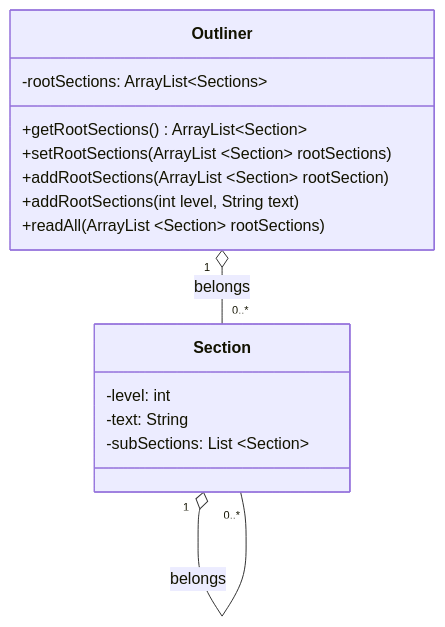
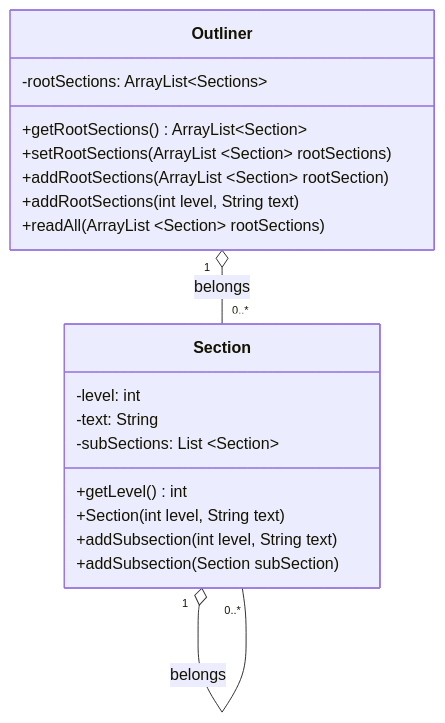
One commit to itsjihunpark/Microsoft-Word-Outliner-Clone changed the diagram in docs/UMLTemplate.md. Above: the diagram before and after it, drawn with Mermaid.

````diff
--- a/docs/UMLTemplate.md
+++ b/docs/UMLTemplate.md
@@ -24,20 +24,26 @@
 ```mermaid
 classDiagram
     Outliner "1" o-- "0..*" Section : belongs
     Section "1" o-- "0..*" Section : belongs 
     class Outliner{
       -rootSections: ArrayList~Sections~
       +getRootSections() ArrayList~Section~
       +setRootSections(ArrayList ~Section~ rootSections) 
       +addRootSections(ArrayList ~Section~ rootSection)
       +addRootSections(int level, String text)
       +readAll(ArrayList ~Section~ rootSections)
       
     }
     class Section{
       -level: int
       -text: String
       -subSections: List ~Section~
+      +getLevel() int
+      
+
+      +Section(int level, String text)
+      +addSubsection(int level, String text)
+      +addSubsection(Section subSection)
     }
 
 ```
````
